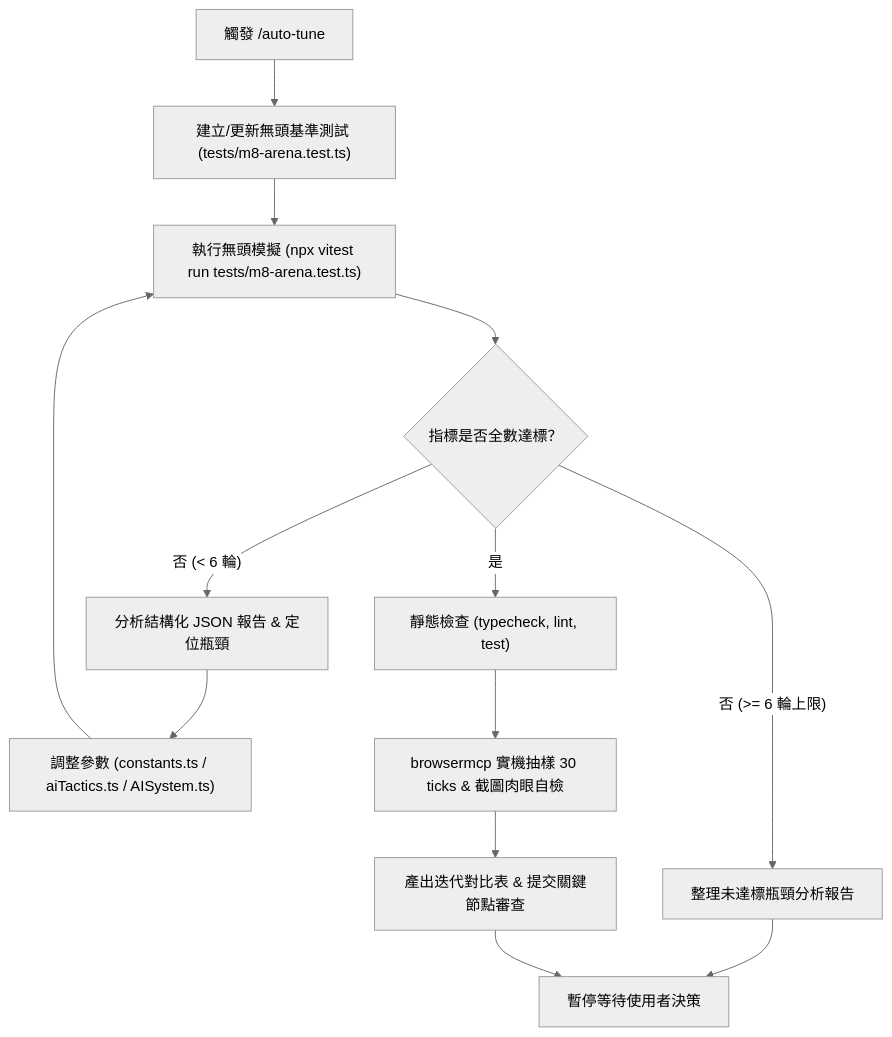
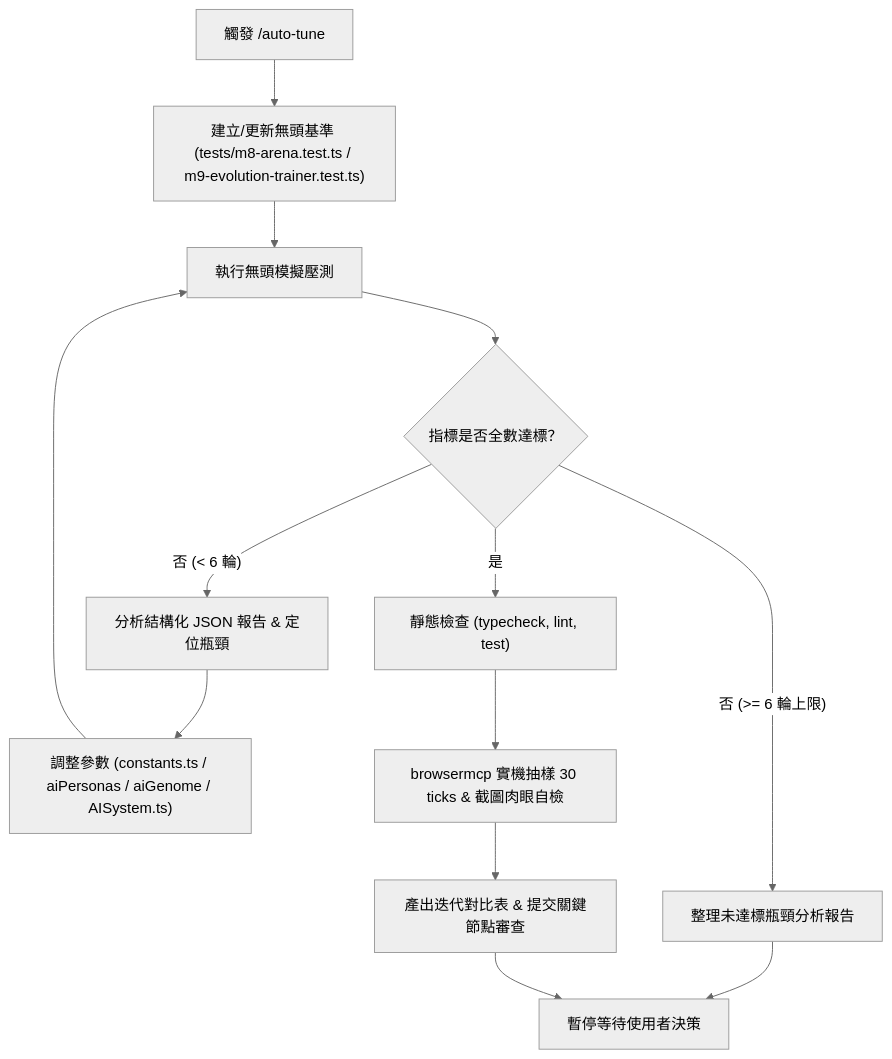
Before and after one commit to Cool-Chi/diep-rework: the diagram in .agent/skills/auto-tune/SKILL.md, drawn with Mermaid (neutral theme). The commit also changed other lines of this file and 5 other files, not shown here.

````diff
--- a/.agent/skills/auto-tune/SKILL.md
+++ b/.agent/skills/auto-tune/SKILL.md
@@ -31,15 +31,15 @@
 ```mermaid
 flowchart TD
-    Start["觸發 /auto-tune"] --> Setup["建立/更新無頭基準測試 (tests/m8-arena.test.ts)"]
-    Setup --> RunTest["執行無頭模擬 (npx vitest run tests/m8-arena.test.ts)"]
+    Start["觸發 /auto-tune"] --> Setup["建立/更新無頭基準 (tests/m8-arena.test.ts / m9-evolution-trainer.test.ts)"]
+    Setup --> RunTest["執行無頭模擬壓測"]
     RunTest --> Eval{"指標是否全數達標？"}
     Eval -- 否 (< 6 輪) --> Analyze["分析結構化 JSON 報告 & 定位瓶頸"]
-    Analyze --> Tune["調整參數 (constants.ts / aiTactics.ts / AISystem.ts)"]
+    Analyze --> Tune["調整參數 (constants.ts / aiPersonas / aiGenome / AISystem.ts)"]
     Tune --> RunTest
     Eval -- 否 (>= 6 輪上限) --> FailReport["整理未達標瓶頸分析報告"]
     Eval -- 是 --> QualityGate["靜態檢查 (typecheck, lint, test)"]
     QualityGate --> BrowserVerify["browsermcp 實機抽樣 30 ticks & 截圖肉眼自檢"]
     BrowserVerify --> FinalReport["產出迭代對比表 & 提交關鍵節點審查"]
     FailReport --> Stop["暫停等待使用者決策"]
     FinalReport --> Stop
 ```
````
